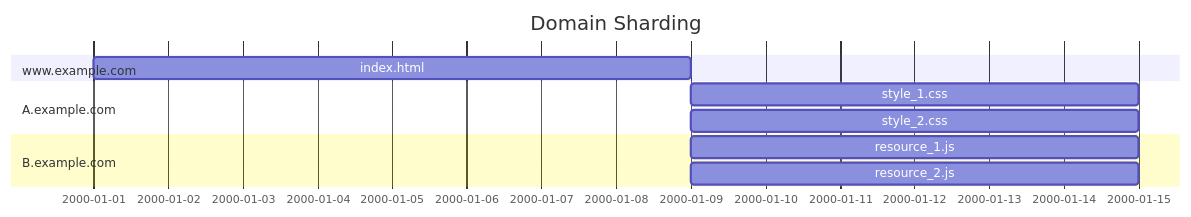
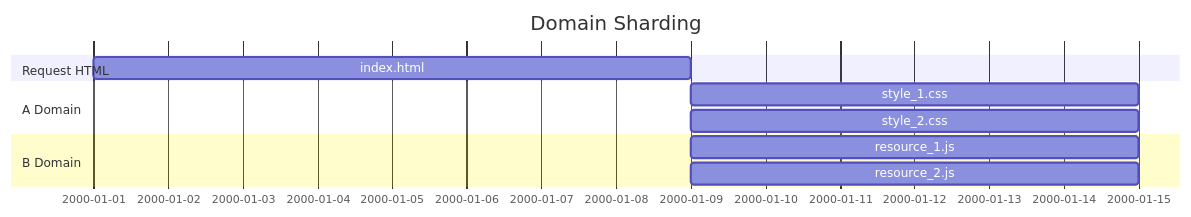
Before and after one commit to MyungSeok/Gitbook: the third of 4 diagrams in 03.-back-end/03.-network/http/http2.0.md, drawn with Mermaid. The commit also changed other lines of this file, not shown here.

````diff
--- a/03.-back-end/03.-network/http/http2.0.md
+++ b/03.-back-end/03.-network/http/http2.0.md
@@ -45,13 +45,13 @@
 ```mermaid
   gantt
     title Domain Sharding
     dateFormat  YYYY-MM-DD
-    section www.example.com
+    section Request HTML
     index.html     : html, 2000-01-01  , 8d
-    section A.example.com
+    section A Domain
     style_1.css     : after html, 6d
     style_2.css     : after html, 6d
-    section B.example.com
+    section B Domain
     resource_1.js     : after html, 6d
     resource_2.js     : after html, 6d
 ```
````
